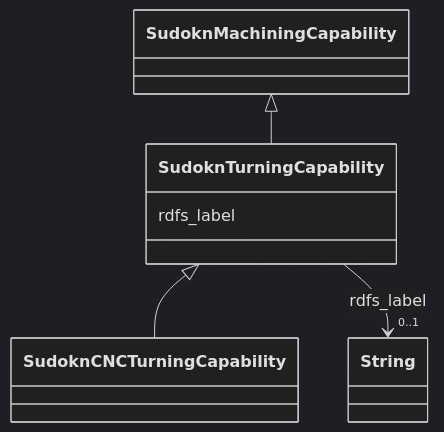
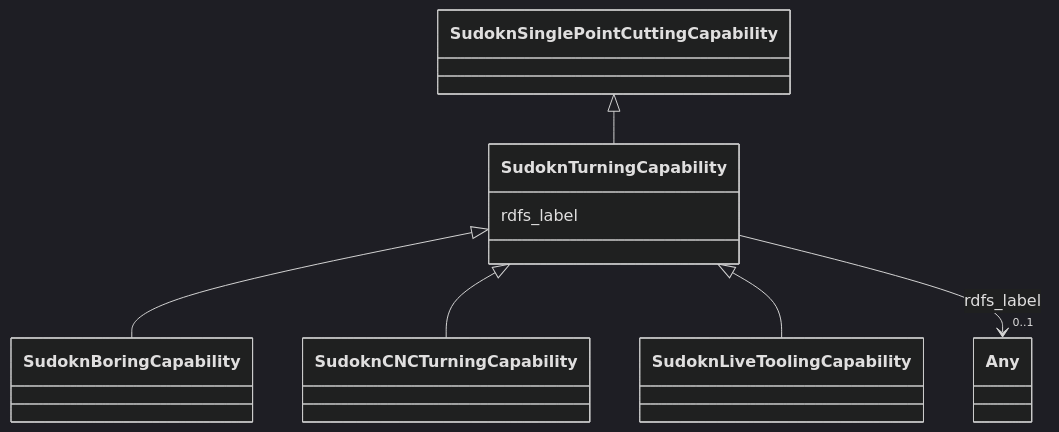
Before and after one commit to frink-okn/graph-descriptions: the diagram in sudokn-kg/classes/SudoknTurningCapability.md, drawn with Mermaid (dark theme). The commit also changed other lines of this file and 903 other files, not shown here.

````diff
--- a/sudokn-kg/classes/SudoknTurningCapability.md
+++ b/sudokn-kg/classes/SudoknTurningCapability.md
@@ -23,23 +18,27 @@
 ```mermaid
  classDiagram
     class SudoknTurningCapability
     click SudoknTurningCapability href "../SudoknTurningCapability"
-      SudoknMachiningCapability <|-- SudoknTurningCapability
-        click SudoknMachiningCapability href "../SudoknMachiningCapability"
+      SudoknSinglePointCuttingCapability <|-- SudoknTurningCapability
+        click SudoknSinglePointCuttingCapability href "../SudoknSinglePointCuttingCapability"
       
 
+      SudoknTurningCapability <|-- SudoknBoringCapability
+        click SudoknBoringCapability href "../SudoknBoringCapability"
       SudoknTurningCapability <|-- SudoknCNCTurningCapability
         click SudoknCNCTurningCapability href "../SudoknCNCTurningCapability"
+      SudoknTurningCapability <|-- SudoknLiveToolingCapability
+        click SudoknLiveToolingCapability href "../SudoknLiveToolingCapability"
       
       
       SudoknTurningCapability : rdfs_label
         
           
     
     
-    SudoknTurningCapability --> "0..1" String : rdfs_label
-    click String href "../String"
+    SudoknTurningCapability --> "0..1" Any : rdfs_label
+    click Any href "../Any"
 
         
       
 ```
````
